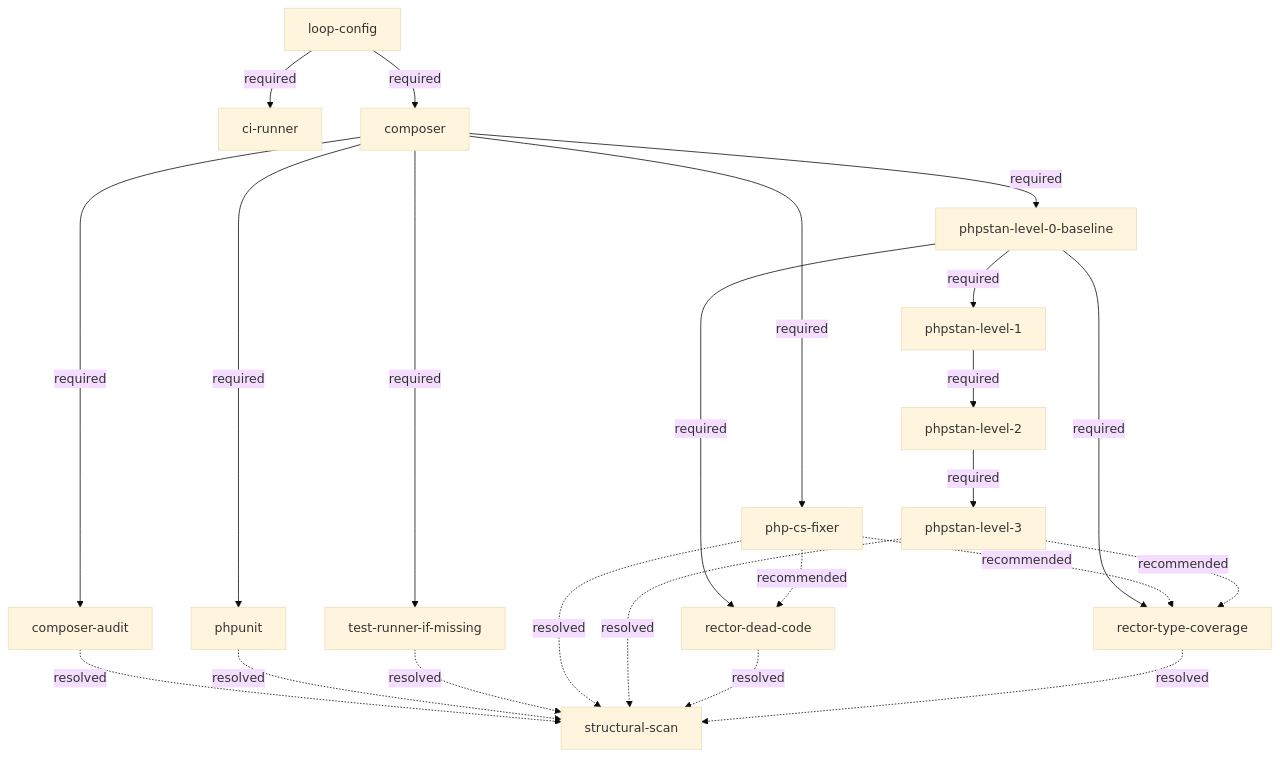
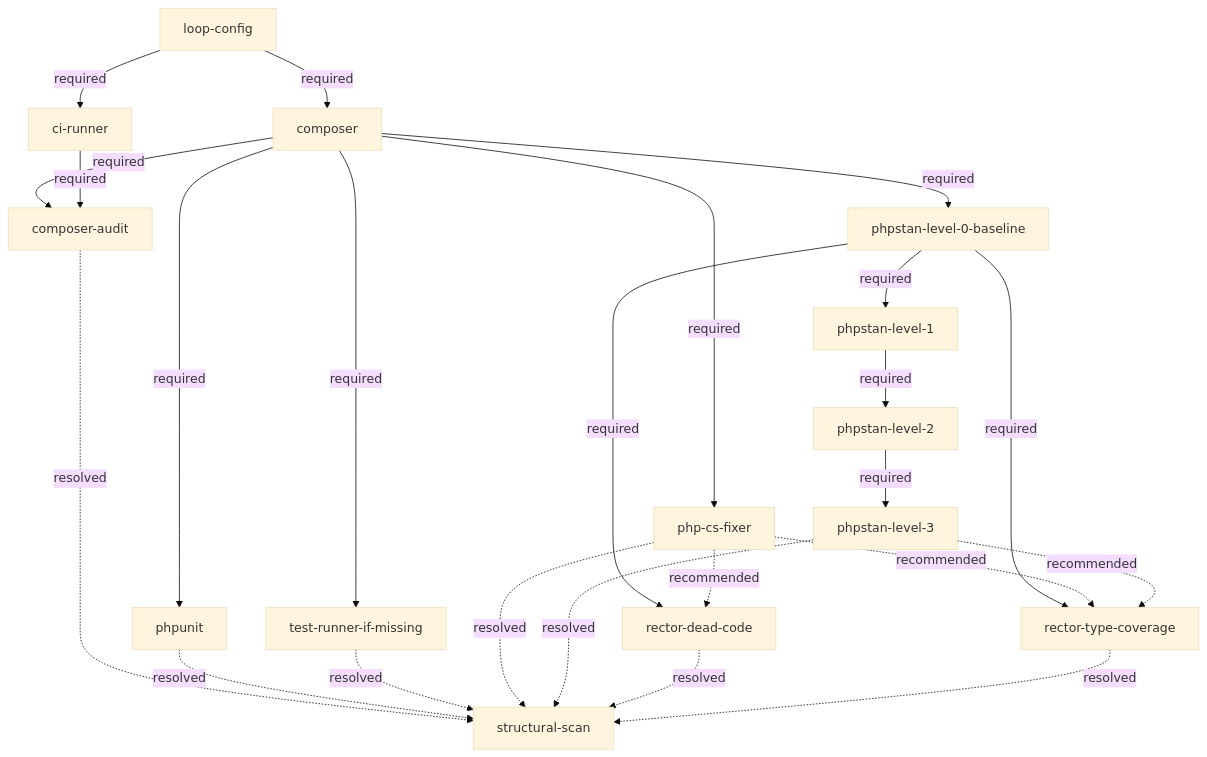
The diagram in skills/refactor-scan/references/php-tooling-tree.md (Art4/continuous-refactoring), drawn with Mermaid (base theme) before and after one commit. The commit also changed other lines of this file and 3 other files, not shown here.

````diff
--- a/skills/refactor-scan/references/php-tooling-tree.md
+++ b/skills/refactor-scan/references/php-tooling-tree.md
@@ -7,40 +7,41 @@
 ```mermaid
 graph TD
     lc[loop-config]
     ci[ci-runner]
     comp[composer]
     cs[php-cs-fixer]
     unit[phpunit]
     audit[composer-audit]
     tr[test-runner-if-missing]
     p0[phpstan-level-0-baseline]
     p1[phpstan-level-1]
     p2[phpstan-level-2]
     p3[phpstan-level-3]
     rdc[rector-dead-code]
     rtc[rector-type-coverage]
     ss[structural-scan]
 
     lc -->|required| comp
     lc -->|required| ci
     comp -->|required| cs
     comp -->|required| unit
     comp -->|required| tr
     comp -->|required| audit
+    ci -->|required| audit
     comp -->|required| p0
     p0 -->|required| p1
     p1 -->|required| p2
     p2 -->|required| p3
     p0 -->|required| rdc
     p0 -->|required| rtc
     cs -.->|recommended| rdc
     cs -.->|recommended| rtc
     p3 -.->|recommended| rtc
     audit -.->|resolved| ss
     unit -.->|resolved| ss
     tr -.->|resolved| ss
     cs -.->|resolved| ss
     p3 -.->|resolved| ss
     rdc -.->|resolved| ss
     rtc -.->|resolved| ss
 ```
````
